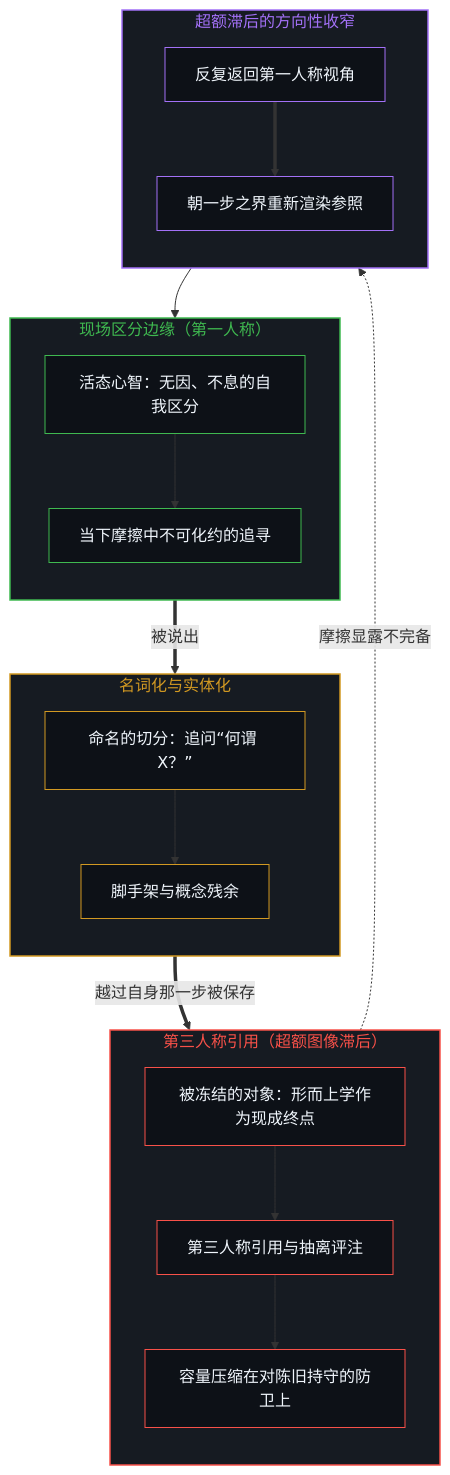
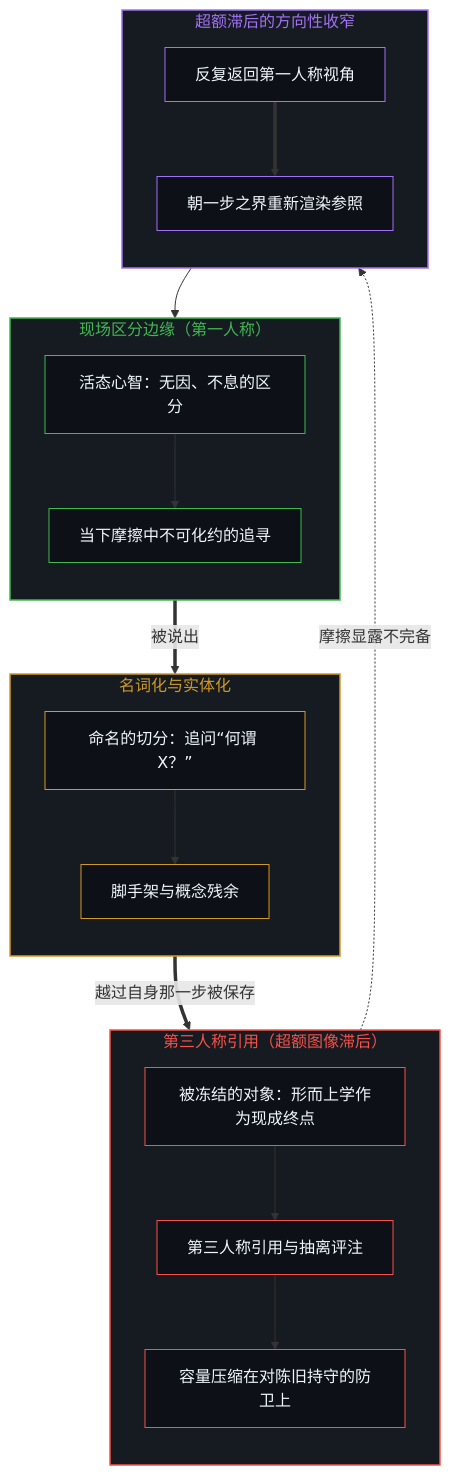
The first of 2 diagrams in content/posts/what-is-metaphysics-as-the-cut-that-names-the-seeking-as-destination.md (powerpig99/not-a-toe), drawn with Mermaid before and after one commit. The commit also changed other lines of this file and 2 other files, not shown here.

Commit message:
Consolidate Deep Sleep Batch 2: refine the-mind-as-vector-and-coordinate-system and what-is-metaphysics-as-the-cut-that-names-the-seeking-as-destination

````diff
--- a/content/posts/what-is-metaphysics-as-the-cut-that-names-the-seeking-as-destination.md
+++ b/content/posts/what-is-metaphysics-as-the-cut-that-names-the-seeking-as-destination.md
@@ -27,46 +27,46 @@
 ```mermaid
 flowchart TD
     subgraph S_Activity["现场区分边缘（第一人称）"]
         direction TB
-        Mind["活态心智：无因、不息的自我区分"]
+        Mind["活态心智：无因、不息的区分"]
         Seeking["当下摩擦中不可化约的追寻"]
     end
     subgraph S_Conversion["名词化与实体化"]
         direction TB
         Naming["命名的切分：追问“何谓 X？”"]
         Scaffold["脚手架与概念残余"]
     end
     subgraph S_Lag["第三人称引用（超额图像滞后）"]
         direction TB
         FrozenObj["被冻结的对象：形而上学作为现成终点"]
         ThirdPerson["第三人称引用与抽离评注"]
         StaleHold["容量压缩在对陈旧持守的防卫上"]
     end
     subgraph S_Return["超额滞后的方向性收窄"]
         direction TB
         Return["反复返回第一人称视角"]
         ReRender["朝一步之界重新渲染参照"]
     end
     Mind --> Seeking
     Seeking ==>|被说出| Naming
     Naming --> Scaffold
     Scaffold ==>|越过自身那一步被保存| FrozenObj
     FrozenObj --> ThirdPerson
     ThirdPerson --> StaleHold
     StaleHold -.->|摩擦显露不完备| Return
     Return ==> ReRender
     ReRender --> Seeking
     style S_Activity fill:#161b22,stroke:#3fb950,stroke-width:1.5px,color:#3fb950
     style S_Conversion fill:#161b22,stroke:#d29922,stroke-width:1.5px,color:#d29922
     style S_Lag fill:#161b22,stroke:#f85149,stroke-width:1.5px,color:#f85149
     style S_Return fill:#161b22,stroke:#a371f7,stroke-width:1.5px,color:#a371f7
     style Mind fill:#0d1117,stroke:#3fb950,stroke-width:1px,color:#f0f6fc
     style Seeking fill:#0d1117,stroke:#3fb950,stroke-width:1px,color:#f0f6fc
     style Naming fill:#0d1117,stroke:#d29922,stroke-width:1px,color:#f0f6fc
     style Scaffold fill:#0d1117,stroke:#d29922,stroke-width:1px,color:#f0f6fc
     style FrozenObj fill:#0d1117,stroke:#f85149,stroke-width:1px,color:#f0f6fc
     style ThirdPerson fill:#0d1117,stroke:#f85149,stroke-width:1px,color:#f0f6fc
     style StaleHold fill:#0d1117,stroke:#f85149,stroke-width:1px,color:#f0f6fc
     style Return fill:#0d1117,stroke:#a371f7,stroke-width:1px,color:#f0f6fc
     style ReRender fill:#0d1117,stroke:#a371f7,stroke-width:1px,color:#f0f6fc
 ```
````
